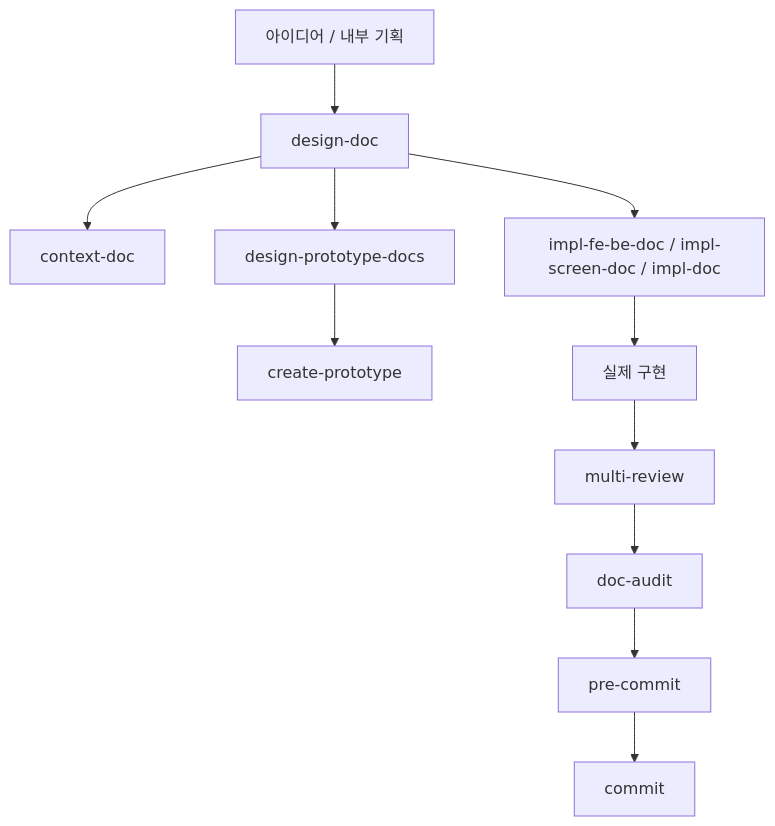
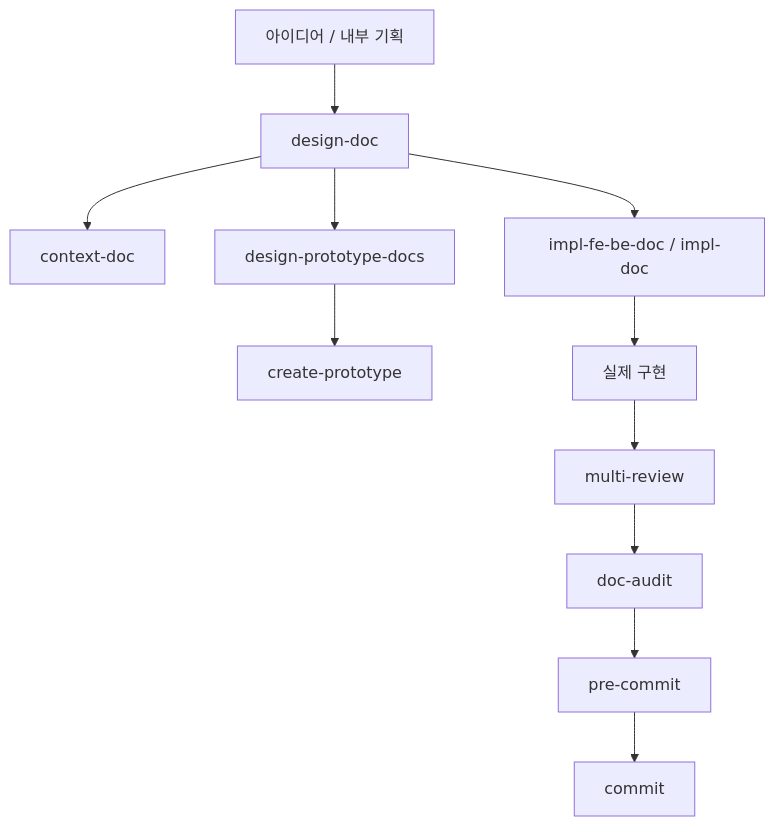
The fifth of 8 diagrams in Harness_Engineering_Intro.md (hb9397/AI_Agent_docs), drawn with Mermaid before and after one commit. The commit also changed other lines of this file and 16 other files, not shown here.

````diff
--- a/Harness_Engineering_Intro.md
+++ b/Harness_Engineering_Intro.md
@@ -269,13 +265,13 @@
 ```mermaid
 flowchart TD
     A["아이디어 / 내부 기획"] --> B["design-doc"]
     B --> C["context-doc"]
     B --> D["design-prototype-docs"]
     D --> E["create-prototype"]
-    B --> F["impl-fe-be-doc / impl-screen-doc / impl-doc"]
+    B --> F["impl-fe-be-doc / impl-doc"]
     F --> G["실제 구현"]
     G --> H["multi-review"]
     H --> I["doc-audit"]
     I --> J["pre-commit"]
     J --> K["commit"]
 ```
````
